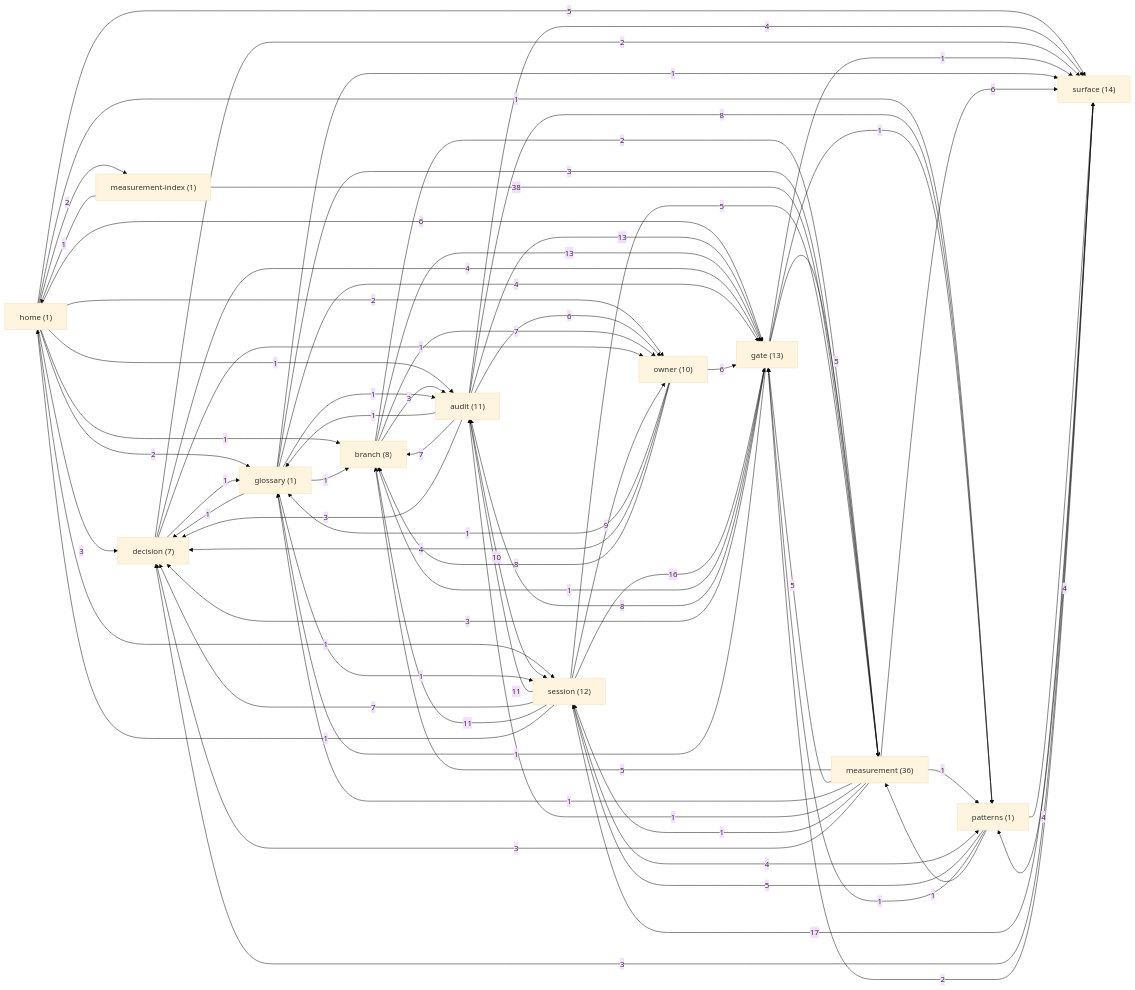
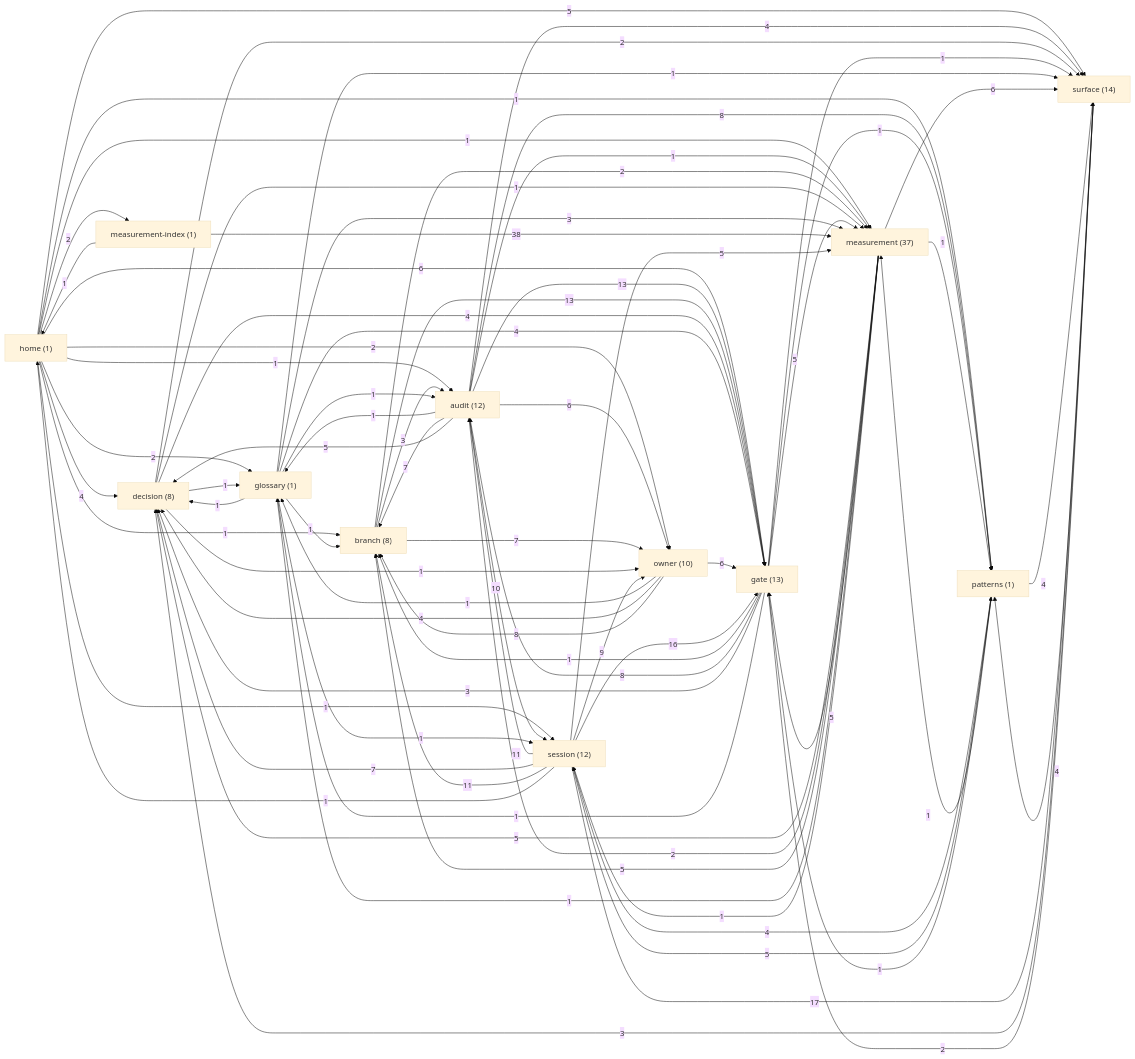
Before and after one commit to sergey9519546/STORYMACHINE: the diagram in docs/brain/GRAPH.md, drawn with Mermaid (base theme). The commit also changed other lines of this file and 12 other files, not shown here.

````diff
--- a/docs/brain/GRAPH.md
+++ b/docs/brain/GRAPH.md
@@ -9,18 +9,18 @@
 ```mermaid
 graph LR
   home["home (1)"]
-  audit["audit (11)"]
+  audit["audit (12)"]
   branch["branch (8)"]
-  decision["decision (7)"]
+  decision["decision (8)"]
   gate["gate (13)"]
+  measurement["measurement (37)"]
   glossary["glossary (1)"]
-  measurement["measurement (36)"]
   measurement_index["measurement-index (1)"]
   owner["owner (10)"]
   patterns["patterns (1)"]
   session["session (12)"]
   surface["surface (14)"]
-  home -->|3| decision
+  home -->|4| decision
   home -->|2| glossary
   home -->|6| gate
   home -->|2| measurement_index
@@ -28,16 +28,18 @@
   home -->|5| surface
   home -->|1| session
   home -->|1| audit
+  home -->|1| measurement
   home -->|1| branch
   home -->|1| patterns
   audit -->|1| glossary
   audit -->|10| session
   audit -->|7| branch
   audit -->|13| gate
-  audit -->|3| decision
+  audit -->|5| decision
   audit -->|8| patterns
   audit -->|6| owner
   audit -->|4| surface
+  audit -->|1| measurement
   branch -->|3| audit
   branch -->|7| owner
   branch -->|13| gate
@@ -46,6 +48,7 @@
   decision -->|4| gate
   decision -->|2| surface
   decision -->|1| owner
+  decision -->|1| measurement
   gate -->|1| branch
   gate -->|8| audit
   gate -->|3| decision
@@ -53,6 +56,8 @@
   gate -->|1| patterns
   gate -->|1| glossary
   gate -->|1| surface
+  measurement -->|5| decision
+  measurement -->|2| audit
   glossary -->|1| branch
   glossary -->|3| measurement
   glossary -->|1| surface
@@ -63,9 +68,7 @@
   measurement -->|5| branch
   measurement -->|5| gate
   measurement -->|1| glossary
-  measurement -->|1| audit
   measurement -->|1| session
-  measurement -->|3| decision
   measurement -->|1| patterns
   measurement -->|6| surface
   measurement_index -->|1| home
````
